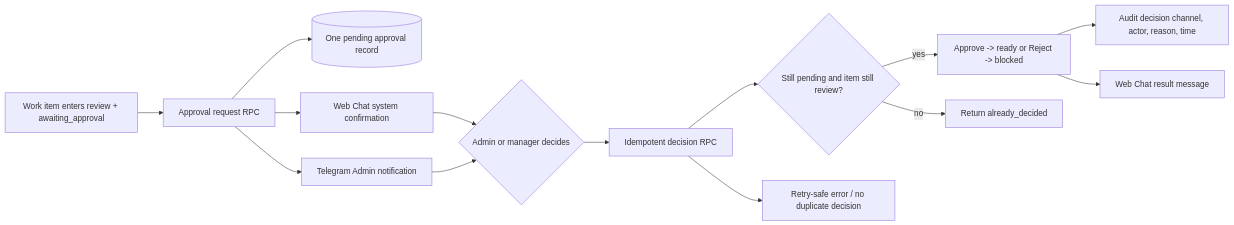
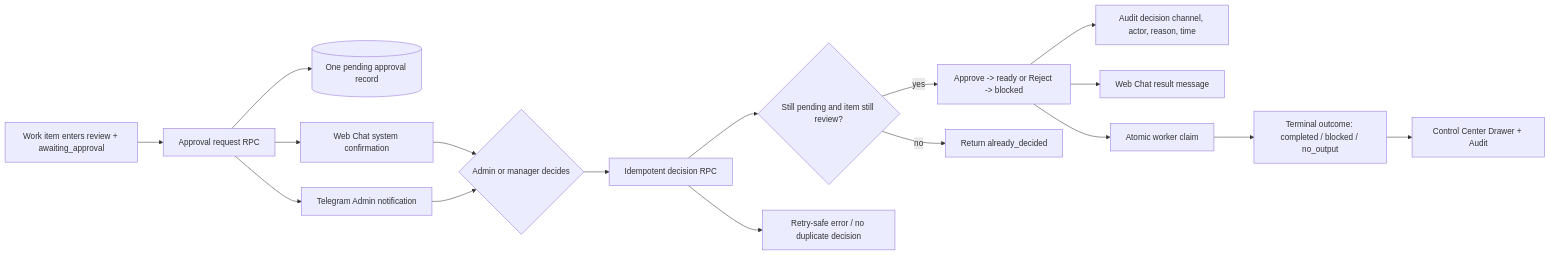
One commit to paramonjong-afk/WisdomAI changed the diagram in docs/CROSS_CHANNEL_WORK_APPROVAL_FLOW.md. Above: the diagram before and after it, drawn with Mermaid. The commit also changed other lines of this file and 10 other files, not shown here.

First line of the commit message:
Fix control-plane approval stalls and worker outcomes (#68)

````diff
--- a/docs/CROSS_CHANNEL_WORK_APPROVAL_FLOW.md
+++ b/docs/CROSS_CHANNEL_WORK_APPROVAL_FLOW.md
@@ -1,16 +1,19 @@
 ```mermaid
 flowchart LR
   A[Work item enters review + awaiting_approval] --> B[Approval request RPC]
   B --> C[(One pending approval record)]
   B --> D[Web Chat system confirmation]
   B --> E[Telegram Admin notification]
   D --> F{Admin or manager decides}
   E --> F
   F --> G[Idempotent decision RPC]
   G --> H{Still pending and item still review?}
   H -->|yes| I[Approve -> ready or Reject -> blocked]
   H -->|no| J[Return already_decided]
   I --> K[Audit decision channel, actor, reason, time]
   I --> L[Web Chat result message]
   G --> M[Retry-safe error / no duplicate decision]
+  I --> N[Atomic worker claim]
+  N --> O[Terminal outcome: completed / blocked / no_output]
+  O --> P[Control Center Drawer + Audit]
 ```
````
